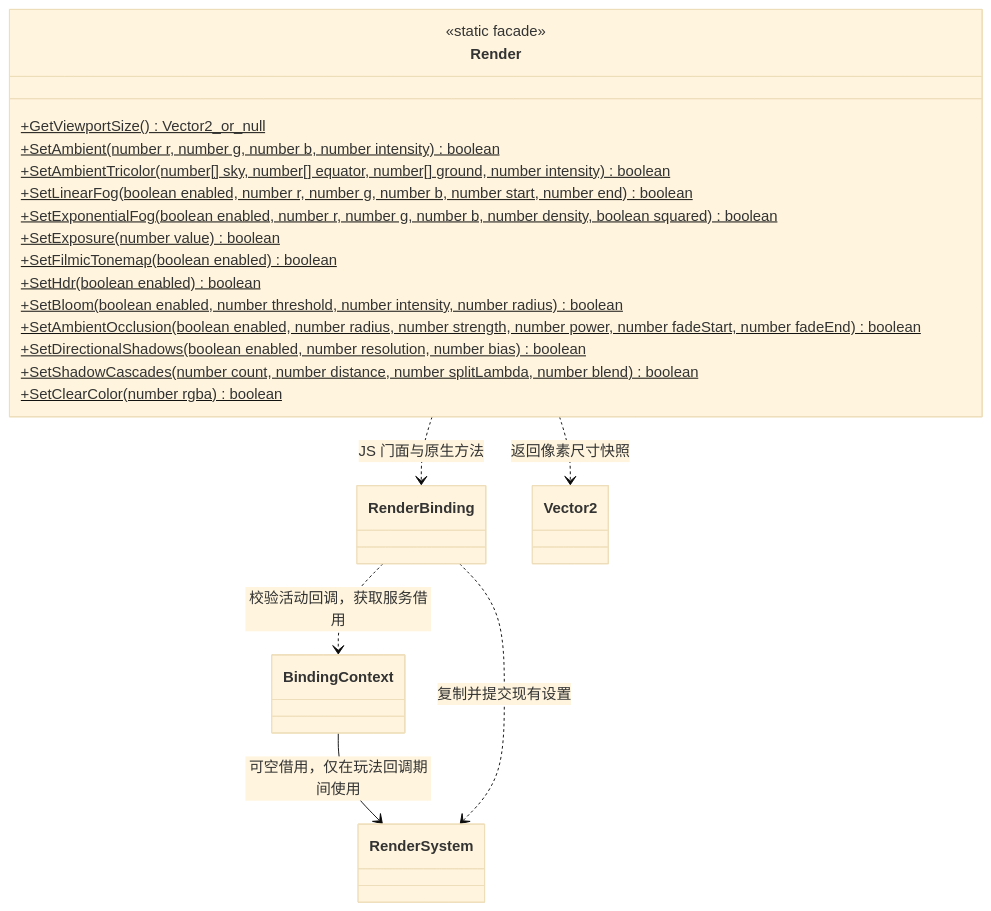
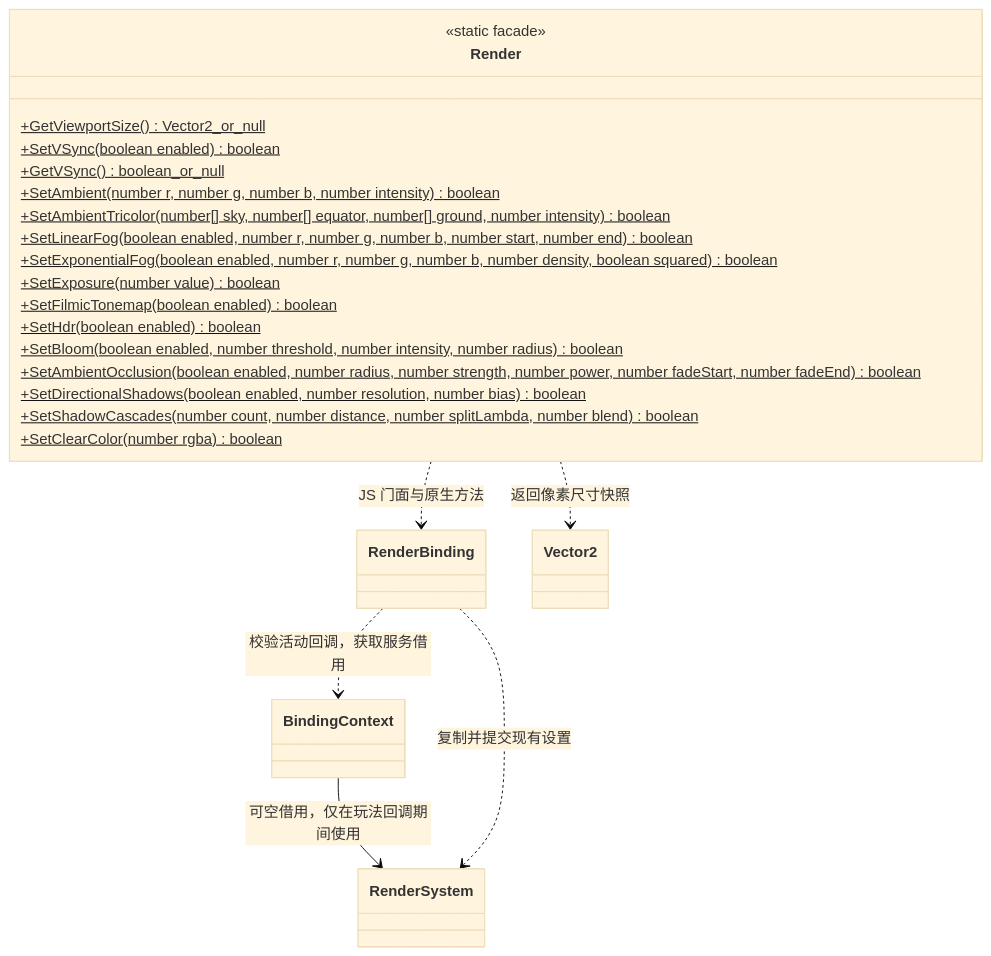
Before and after one commit to lcals/Engine: the first of 2 diagrams in docs/plugins/runtime/class-diagrams/render-script-api.md, drawn with Mermaid (base theme). The commit also changed other lines of this file and 13 other files, not shown here.

````diff
--- a/docs/plugins/runtime/class-diagrams/render-script-api.md
+++ b/docs/plugins/runtime/class-diagrams/render-script-api.md
@@ -9,28 +9,30 @@
 ```mermaid
 classDiagram
     class Render {
         <<static facade>>
         +GetViewportSize() Vector2_or_null$
+        +SetVSync(boolean enabled) boolean$
+        +GetVSync() boolean_or_null$
         +SetAmbient(number r, number g, number b, number intensity) boolean$
         +SetAmbientTricolor(number[] sky, number[] equator, number[] ground, number intensity) boolean$
         +SetLinearFog(boolean enabled, number r, number g, number b, number start, number end) boolean$
         +SetExponentialFog(boolean enabled, number r, number g, number b, number density, boolean squared) boolean$
         +SetExposure(number value) boolean$
         +SetFilmicTonemap(boolean enabled) boolean$
         +SetHdr(boolean enabled) boolean$
         +SetBloom(boolean enabled, number threshold, number intensity, number radius) boolean$
         +SetAmbientOcclusion(boolean enabled, number radius, number strength, number power, number fadeStart, number fadeEnd) boolean$
         +SetDirectionalShadows(boolean enabled, number resolution, number bias) boolean$
         +SetShadowCascades(number count, number distance, number splitLambda, number blend) boolean$
         +SetClearColor(number rgba) boolean$
     }
     class RenderBinding
     class BindingContext
     class RenderSystem
     class Vector2
     Render ..> Vector2 : 返回像素尺寸快照
     Render ..> RenderBinding : JS 门面与原生方法
     RenderBinding ..> BindingContext : 校验活动回调，获取服务借用
     BindingContext --> RenderSystem : 可空借用，仅在玩法回调期间使用
     RenderBinding ..> RenderSystem : 复制并提交现有设置
 ```
````
